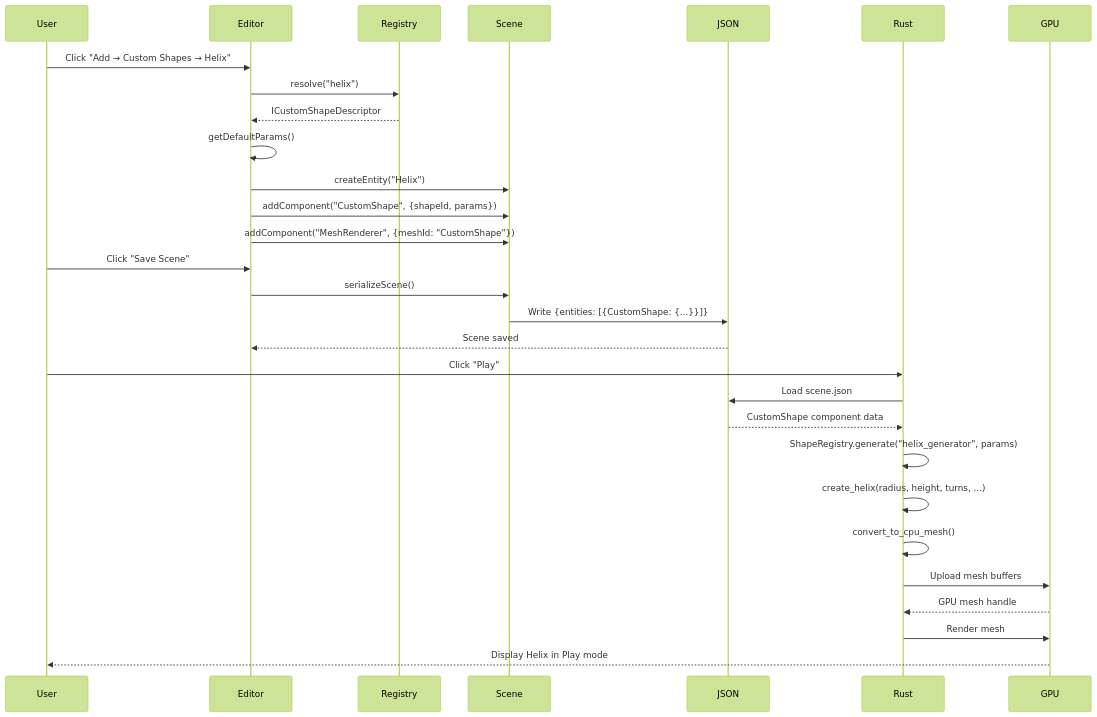
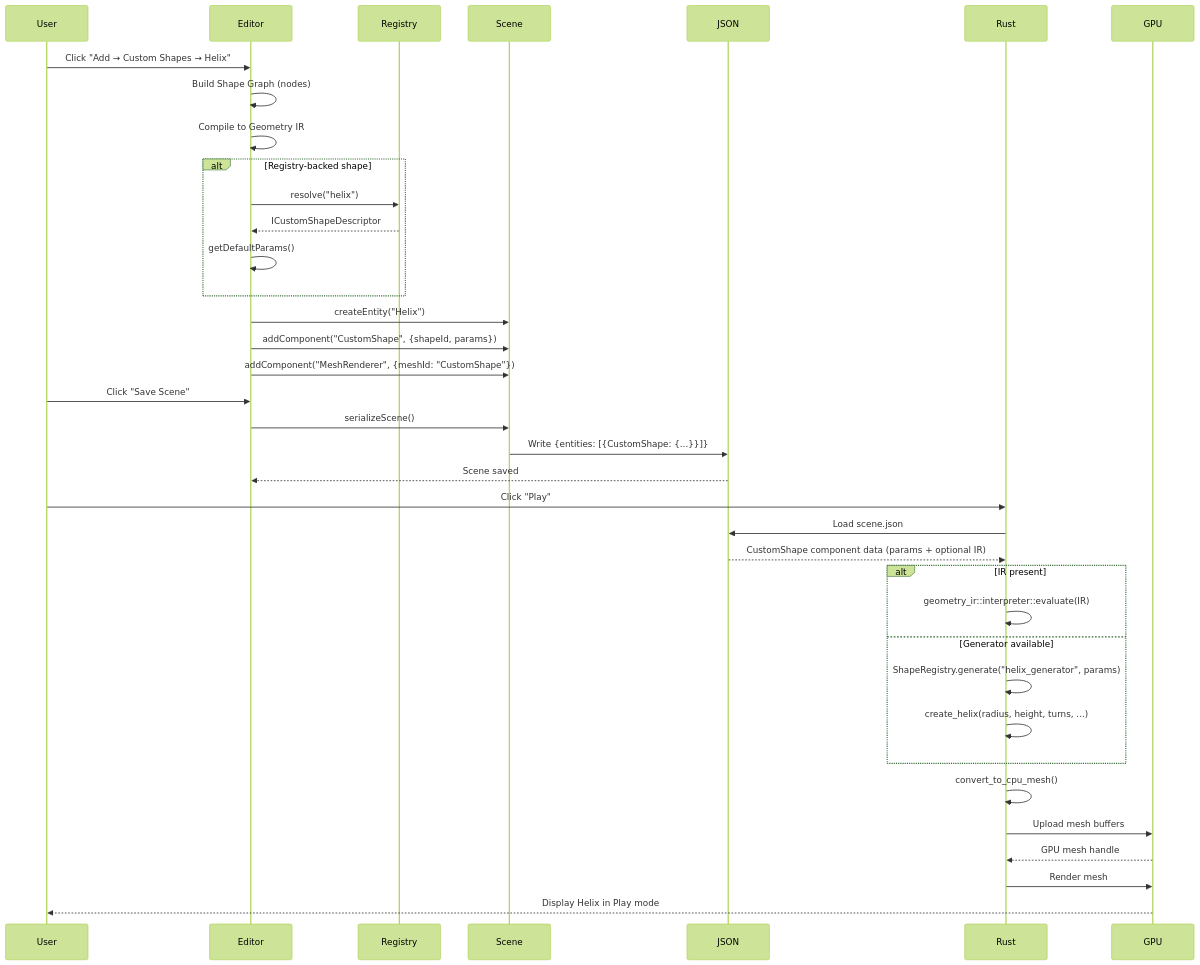
The diagram in docs/PRDs/rust/custom-shape-refactoring-prd.md (jonit-dev/vibe-coder-3d), drawn with Mermaid (forest theme) before and after one commit. The commit also changed other lines of this file and 3 other files, not shown here.

````diff
--- a/docs/PRDs/rust/custom-shape-refactoring-prd.md
+++ b/docs/PRDs/rust/custom-shape-refactoring-prd.md
@@ -611,34 +683,42 @@
 ```mermaid
 sequenceDiagram
     participant User
     participant Editor
     participant Registry
     participant Scene
     participant JSON
     participant Rust
     participant GPU
 
     User->>Editor: Click "Add → Custom Shapes → Helix"
-    Editor->>Registry: resolve("helix")
-    Registry-->>Editor: ICustomShapeDescriptor
-    Editor->>Editor: getDefaultParams()
+    Editor->>Editor: Build Shape Graph (nodes)
+    Editor->>Editor: Compile to Geometry IR
+    alt Registry-backed shape
+      Editor->>Registry: resolve("helix")
+      Registry-->>Editor: ICustomShapeDescriptor
+      Editor->>Editor: getDefaultParams()
+    end
     Editor->>Scene: createEntity("Helix")
     Editor->>Scene: addComponent("CustomShape", {shapeId, params})
     Editor->>Scene: addComponent("MeshRenderer", {meshId: "CustomShape"})
 
     User->>Editor: Click "Save Scene"
     Editor->>Scene: serializeScene()
     Scene->>JSON: Write {entities: [{CustomShape: {...}}]}
     JSON-->>Editor: Scene saved
 
     User->>Rust: Click "Play"
     Rust->>JSON: Load scene.json
-    JSON-->>Rust: CustomShape component data
-    Rust->>Rust: ShapeRegistry.generate("helix_generator", params)
-    Rust->>Rust: create_helix(radius, height, turns, ...)
+    JSON-->>Rust: CustomShape component data (params + optional IR)
+    alt IR present
+      Rust->>Rust: geometry_ir::interpreter::evaluate(IR)
+    else Generator available
+      Rust->>Rust: ShapeRegistry.generate("helix_generator", params)
+      Rust->>Rust: create_helix(radius, height, turns, ...)
+    end
     Rust->>Rust: convert_to_cpu_mesh()
     Rust->>GPU: Upload mesh buffers
     GPU-->>Rust: GPU mesh handle
     Rust->>GPU: Render mesh
     GPU-->>User: Display Helix in Play mode
 ```
````
